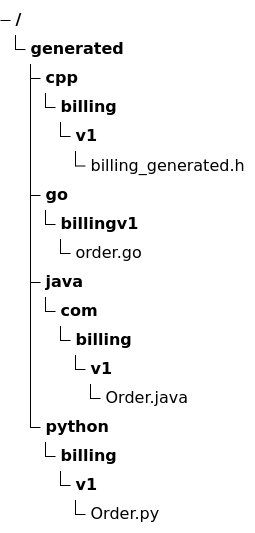
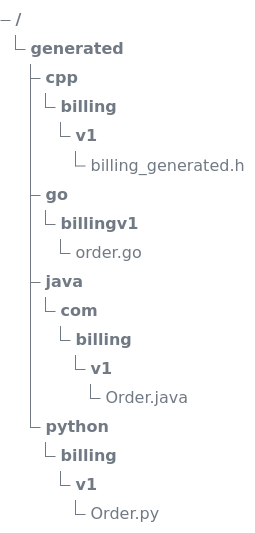
Before and after one commit to the-protobuf-project/buffers: the fourth of 7 diagrams in README.md, drawn with Mermaid. The commit also changed other lines of this file, not shown here.

Commit message:
Update README.md: enhance diagrams with theme variables for radar and tree view visualizations

````diff
--- a/README.md
+++ b/README.md
@@ -337,20 +342,27 @@
 ```mermaid
+---
+config:
+  themeVariables:
+    treeView:
+      labelColor: "#717a84"
+      lineColor: "#717a84"
+---
 treeView-beta
     generated/
         cpp/
             billing/
                 v1/
                     billing_generated.h
         go/
             billingv1/
                 order.go
         java/
             com/
                 billing/
                     v1/
                         Order.java
         python/
             billing/
                 v1/
                     Order.py
 ```
````
